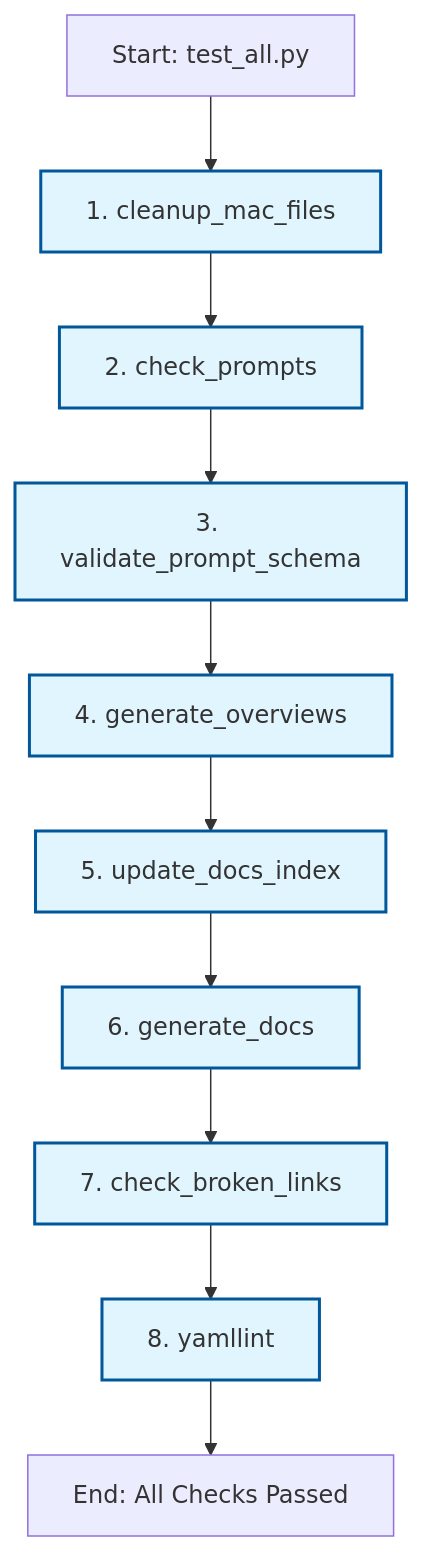
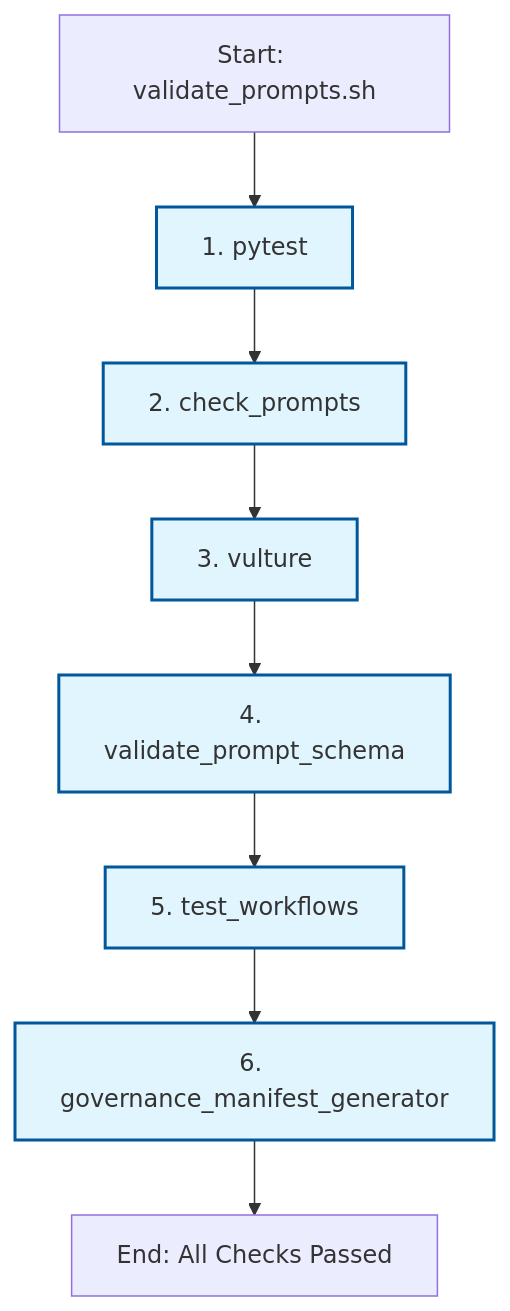
Before and after one commit to fderuiter/proompts: the second of 2 diagrams in tools/tools/scripts/README.md, drawn with Mermaid. The commit also changed other lines of this file and 33 other files, not shown here.

````diff
--- a/tools/tools/scripts/README.md
+++ b/tools/tools/scripts/README.md
@@ -106,15 +104,13 @@
 ```mermaid
 graph TD
-    A[Start: test_all.py] --> B[1. cleanup_mac_files]
+    A[Start: validate_prompts.sh] --> B[1. pytest]
     B --> C[2. check_prompts]
-    C --> D[3. validate_prompt_schema]
-    D --> E0[4. generate_overviews]
-    E0 --> E[5. update_docs_index]
-    E --> F[6. generate_docs]
-    F --> G[7. check_broken_links]
-    G --> H[8. yamllint]
-    H --> I[End: All Checks Passed]
+    C --> D[3. vulture]
+    D --> E[4. validate_prompt_schema]
+    E --> F[5. test_workflows]
+    F --> G[6. governance_manifest_generator]
+    G --> H[End: All Checks Passed]
 
     classDef process fill:#e1f5fe,stroke:#01579b,stroke-width:2px;
-    class B,C,D,E0,E,F,G,H process;
+    class B,C,D,E,F,G process;
 ```
````
